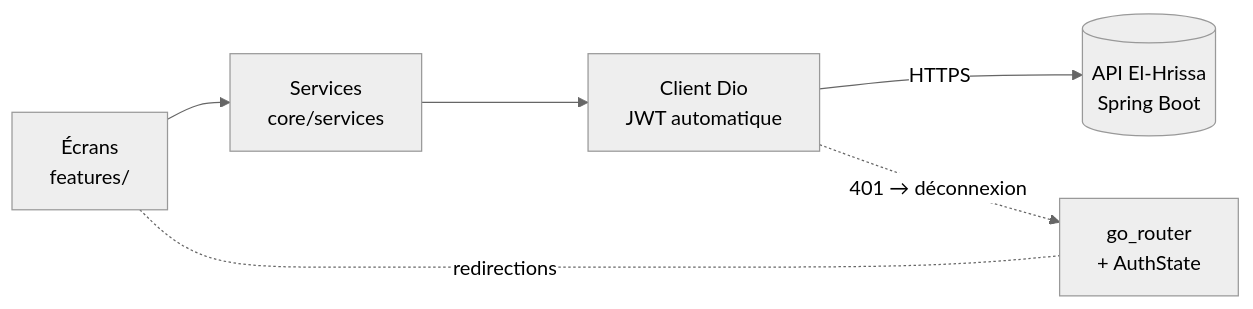
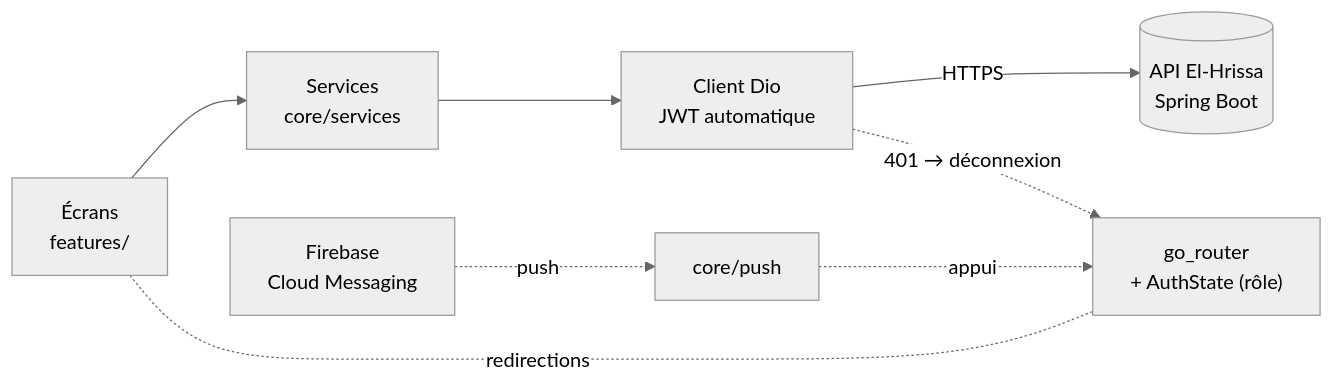
The diagram in README.md (Aziz216-ui/El-Hrissa-Front), drawn with Mermaid (neutral theme) before and after one commit. The commit also changed other lines of this file, not shown here.

Commit message:
README : rôles, événements sociaux, push, build et diffusion de l'APK

````diff
--- a/README.md
+++ b/README.md
@@ -35,6 +39,7 @@
 ```mermaid
 flowchart LR
     UI["Écrans<br/>features/"] --> S["Services<br/>core/services"] --> A["Client Dio<br/>JWT automatique"] -- HTTPS --> API[("API El-Hrissa<br/>Spring Boot")]
-    UI -. "redirections" .- R["go_router<br/>+ AuthState"]
+    UI -. "redirections" .- R["go_router<br/>+ AuthState (rôle)"]
     A -. "401 → déconnexion" .-> R
+    FCM["Firebase<br/>Cloud Messaging"] -. "push" .-> P["core/push"] -. "appui" .-> R
 ```
````
